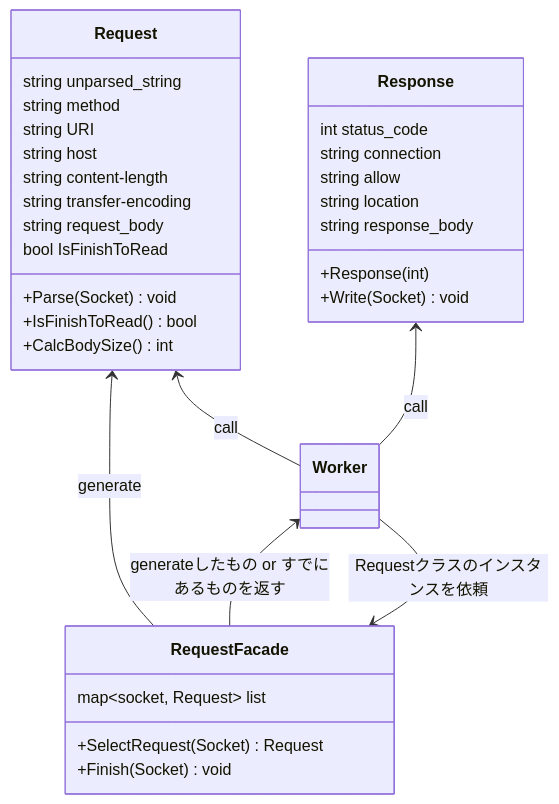
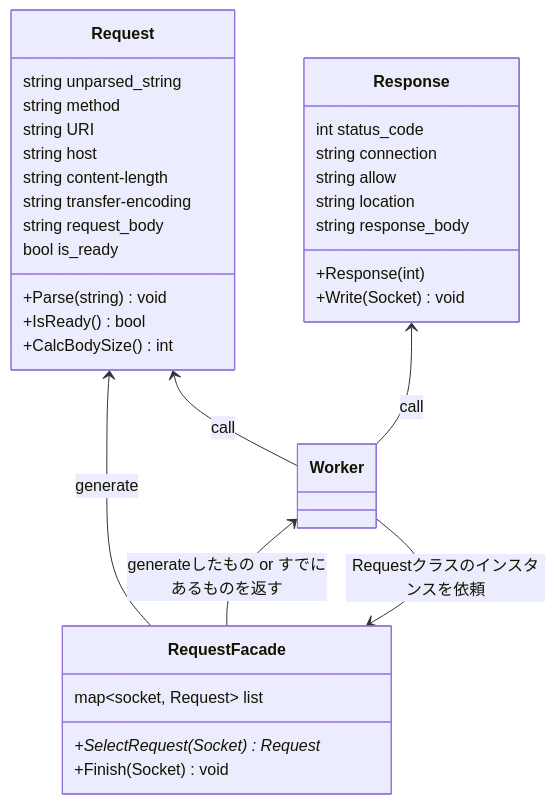
One commit to katataku/webserv changed the diagram in docs/class/http_class.md. Above: the diagram before and after it, drawn with Mermaid. The commit also changed other lines of this file and 23 other files, not shown here.

````diff
--- a/docs/class/http_class.md
+++ b/docs/class/http_class.md
@@ -1,45 +1,45 @@
 ```mermaid
 classDiagram
    class RequestFacade{
         map~socket, Request~ list
-        +SelectRequest(Socket) Request
+        +SelectRequest(Socket) Request*
         +Finish(Socket) void
     }
 
     %% TODO: CalcBodySize()の詳細を詰める && nginxのmax_body_sizeも確認 %%
     class Request{
         string unparsed_string
         string method
         string URI
         string host
         string content-length
         string transfer-encoding
         string request_body
-        bool IsFinishToRead
+        bool is_ready
         
-        +Parse(Socket) void
-        +IsFinishToRead() bool
+        +Parse(string) void
+        +IsReady() bool
         +CalcBodySize() int
     }
 
     class Response{
         int status_code
         string connection
         string allow
         string location
         string response_body
 
         +Response(int)
         +Write(Socket) void
     }
 
 
 Request <-- RequestFacade : generate
 
 Worker <-- RequestFacade : generateしたもの or すでにあるものを返す
 Worker --> RequestFacade : Requestクラスのインスタンスを依頼
 
 
 Request  <--  Worker :call
 Response  <--  Worker :call
 ```
````
